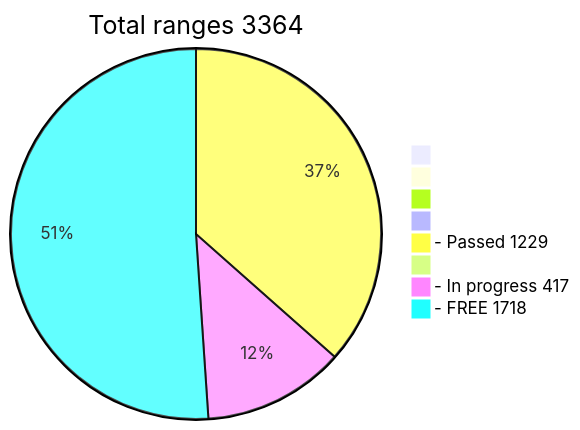
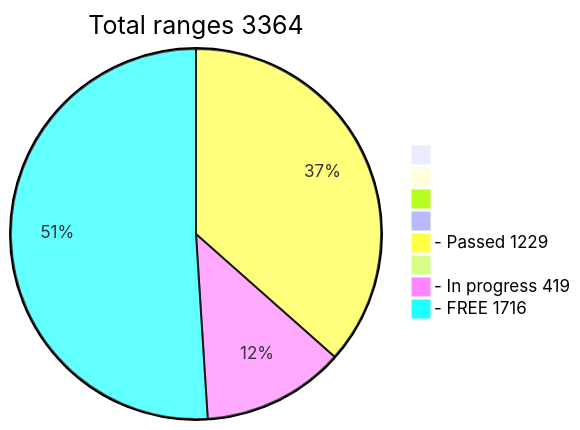
One commit to phrutis/wif500 changed the diagram in README.md. Above: the diagram before and after it, drawn with Mermaid.

````diff
--- a/README.md
+++ b/README.md
@@ -16,12 +16,12 @@
 ```mermaid
 pie title Total ranges 3364
              " " : 0
             "  " : 0
            "   " : 0
           "    " : 0
   "- Passed 1229" : 1229
          "     " : 0
-  "- In progress 417" : 417
-   "- FREE 1718" : 1718
+  "- In progress 419" : 419
+   "- FREE 1716" : 1716
    
 ```
````
